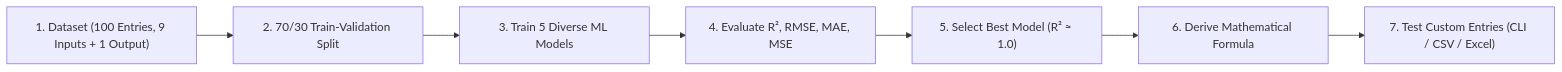
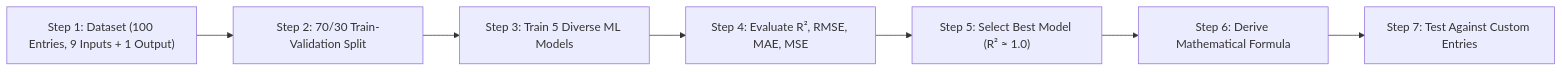
Before and after one commit to AtharvProjects/ml-rf-xgboost-model: the diagram in benchmark_100_samples/README.md, drawn with Mermaid. The commit also changed other lines of this file and 1 other file, not shown here.

Commit message:
Add detailed step-by-step instructions for testing custom entries across CLI, CSV batch, Python, and Excel

````diff
--- a/benchmark_100_samples/README.md
+++ b/benchmark_100_samples/README.md
@@ -13,9 +13,9 @@
 ```mermaid
 flowchart LR
-    A["1. Dataset (100 Entries, 9 Inputs + 1 Output)"] --> B["2. 70/30 Train-Validation Split"]
-    B --> C["3. Train 5 Diverse ML Models"]
-    C --> D["4. Evaluate R², RMSE, MAE, MSE"]
-    D --> E["5. Select Best Model (R² ≈ 1.0)"]
-    E --> F["6. Derive Mathematical Formula"]
-    F --> G["7. Test Custom Entries (CLI / CSV / Excel)"]
+    A["Step 1: Dataset (100 Entries, 9 Inputs + 1 Output)"] --> B["Step 2: 70/30 Train-Validation Split"]
+    B --> C["Step 3: Train 5 Diverse ML Models"]
+    C --> D["Step 4: Evaluate R², RMSE, MAE, MSE"]
+    D --> E["Step 5: Select Best Model (R² ≈ 1.0)"]
+    E --> F["Step 6: Derive Mathematical Formula"]
+    F --> G["Step 7: Test Against Custom Entries"]
 ```
````
